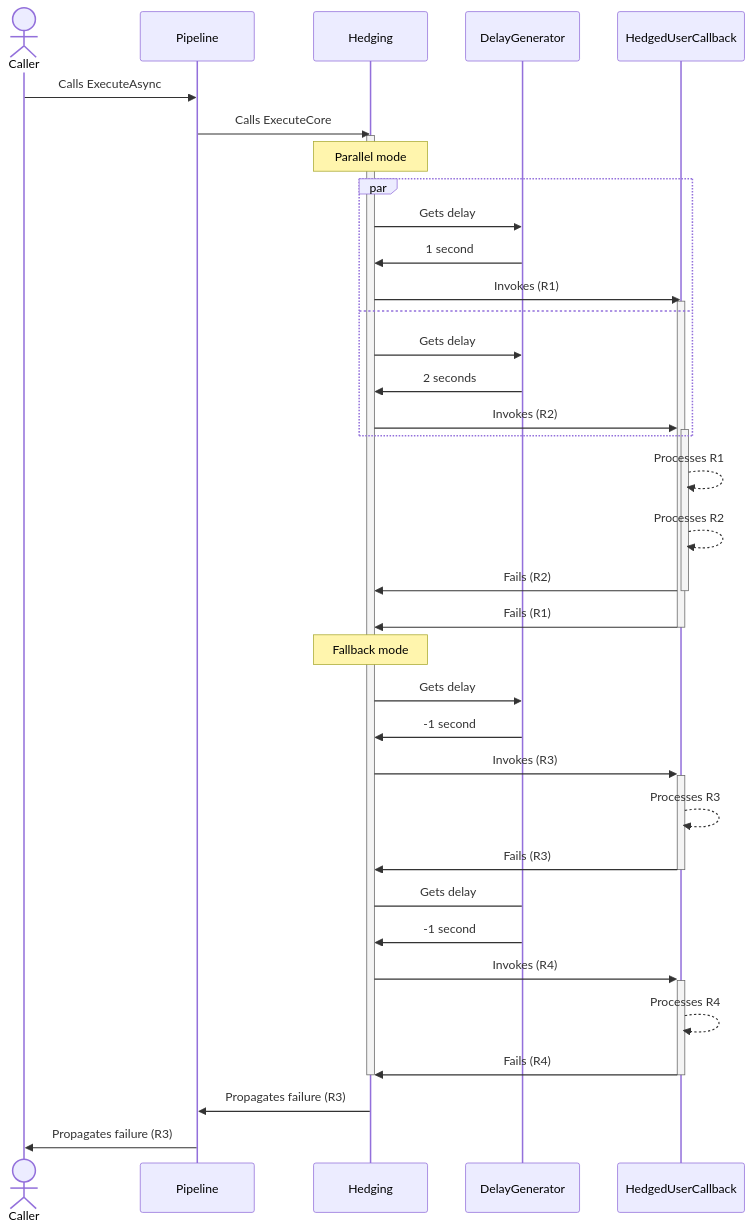
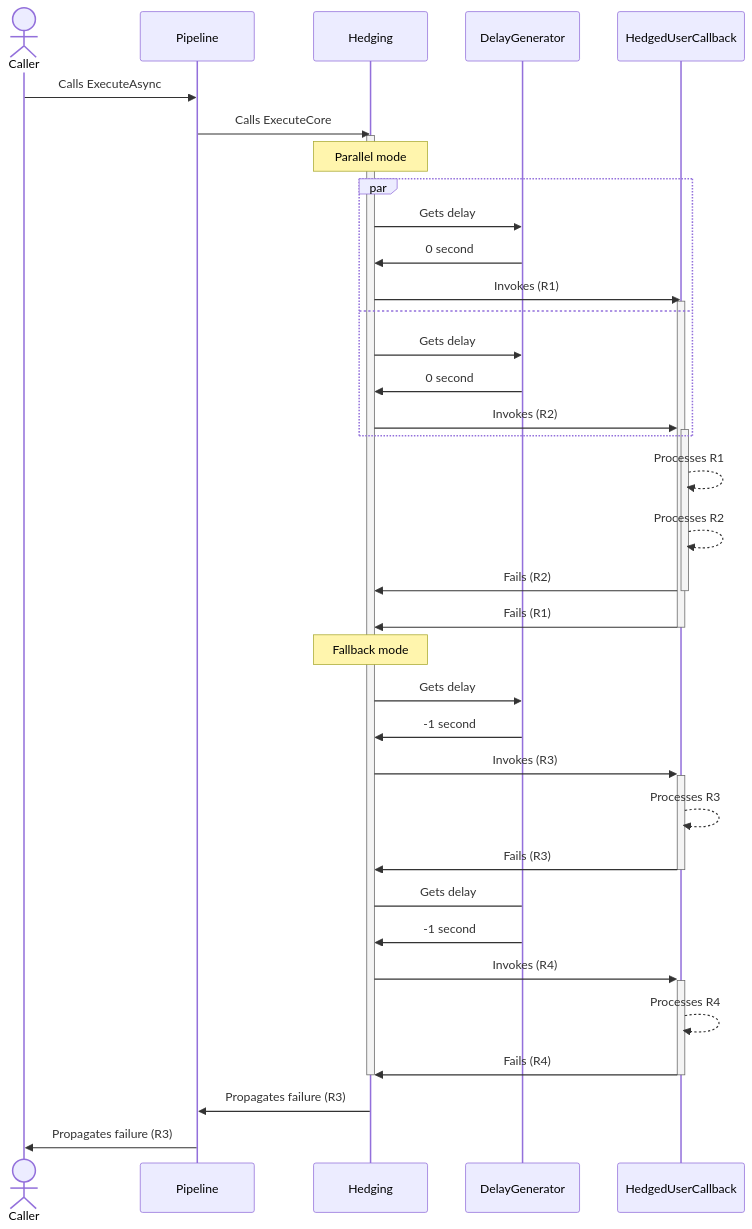
One commit to App-vNext/Polly changed the eighth of 9 diagrams in docs/strategies/hedging.md. Above: the diagram before and after it, drawn with Mermaid. The commit also changed other lines of this file and 1 other file, not shown here.

````diff
--- a/docs/strategies/hedging.md
+++ b/docs/strategies/hedging.md
@@ -396,47 +396,47 @@
 ```mermaid
 sequenceDiagram
     actor C as Caller
     participant P as Pipeline
     participant H as Hedging
     participant DG as DelayGenerator
     participant HUC as HedgedUserCallback
 
     C->>P: Calls ExecuteAsync
     P->>H: Calls ExecuteCore
     activate H
 
     Note over H: Parallel mode
     par
     H->>DG: Gets delay
-    DG->>H: 1 second
+    DG->>H: 0 second
     H->>HUC: Invokes (R1)
     activate HUC
     and
     H->>DG: Gets delay
-    DG->>H: 2 seconds
+    DG->>H: 0 second
     H->>+HUC: Invokes (R2)
     end
 
     HUC-->>HUC: Processes R1
     HUC-->>HUC: Processes R2
     HUC->>-H: Fails (R2)
     HUC->>-H: Fails (R1)
 
     Note over H: Fallback mode
 
     H->>DG: Gets delay
     DG->>H: -1 second
     H->>+HUC: Invokes (R3)
     HUC-->>HUC: Processes R3
     HUC->>-H: Fails (R3)
 
     H -> DG: Gets delay
     DG->>H: -1 second
     H->>+HUC: Invokes (R4)
     HUC-->>HUC: Processes R4
     HUC->>-H: Fails (R4)
 
     deactivate H
     H->>P: Propagates failure (R3)
     P->>C: Propagates failure (R3)
 ```
````
